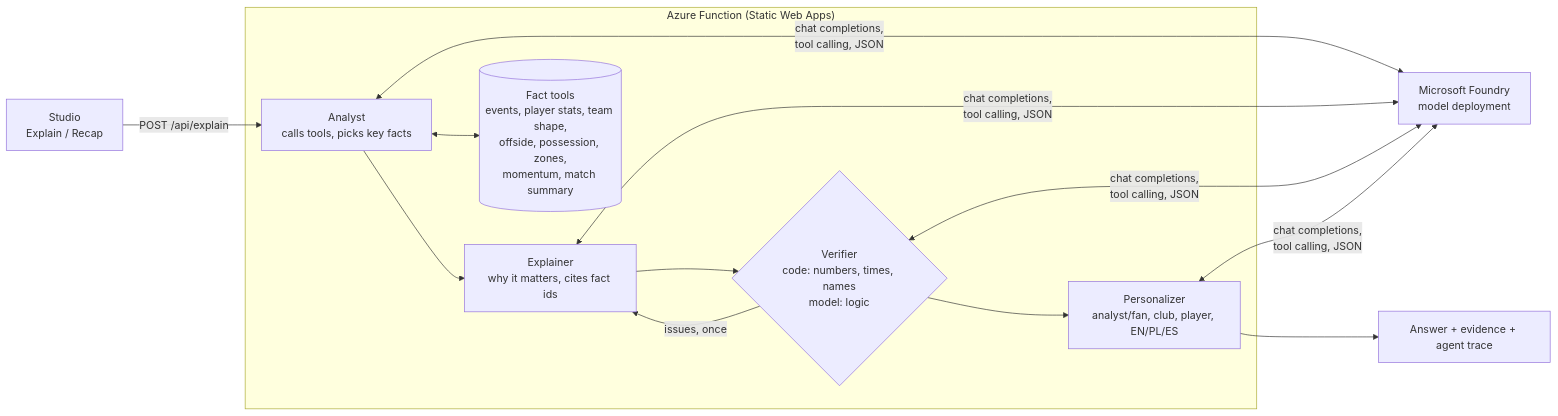
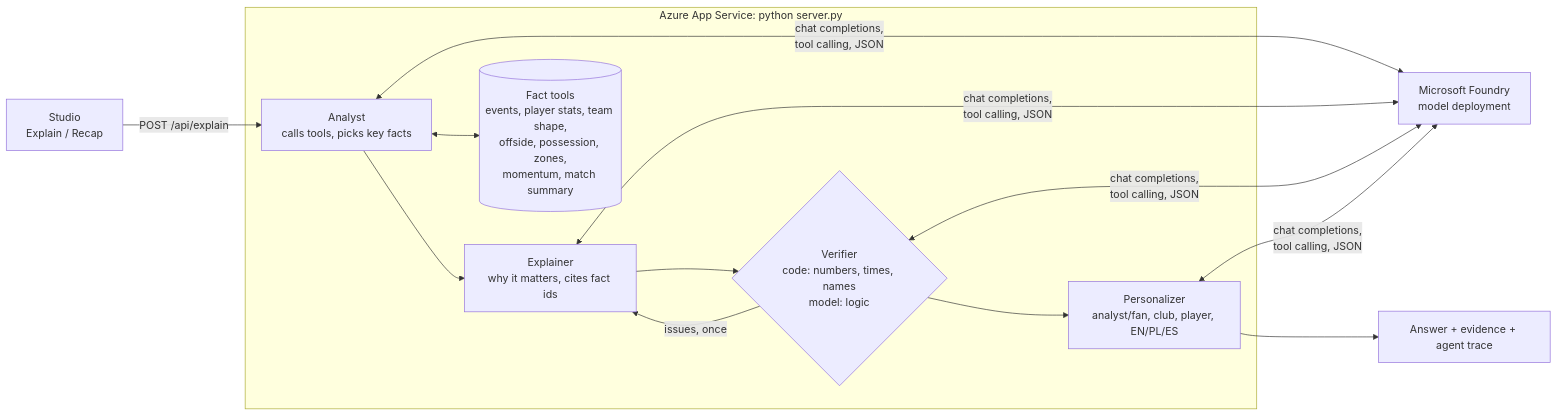
Before and after one commit to PanWasacz/pitchlens-inside-the-game: the diagram in README.md, drawn with Mermaid. The commit also changed other lines of this file and 19 other files, not shown here.

First line of the commit message:
Host on Azure App Service instead of Static Web Apps

````diff
--- a/README.md
+++ b/README.md
@@ -42,14 +42,14 @@
 ```mermaid
 flowchart LR
     UI["Studio<br/>Explain / Recap"] -->|POST /api/explain| A
-    subgraph Fn["Azure Function (Static Web Apps)"]
+    subgraph Fn["Azure App Service: python server.py"]
         A["Analyst<br/>calls tools, picks key facts"] --> E["Explainer<br/>why it matters, cites fact ids"]
         E --> V{"Verifier<br/>code: numbers, times, names<br/>model: logic"}
         V -->|issues, once| E
         V --> P["Personalizer<br/>analyst/fan, club, player, EN/PL/ES"]
         T[("Fact tools<br/>events, player stats, team shape,<br/>offside, possession, zones,<br/>momentum, match summary")]
         A <--> T
     end
     A & E & V & P <-->|chat completions,<br/>tool calling, JSON| F["Microsoft Foundry<br/>model deployment"]
     P --> R["Answer + evidence + agent trace"]
 ```
````
